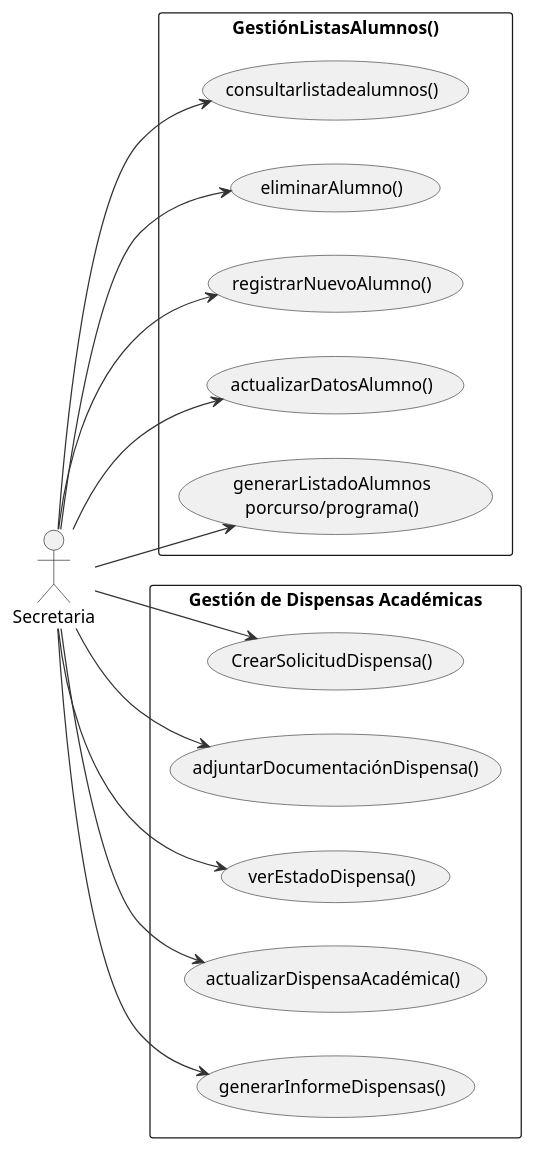
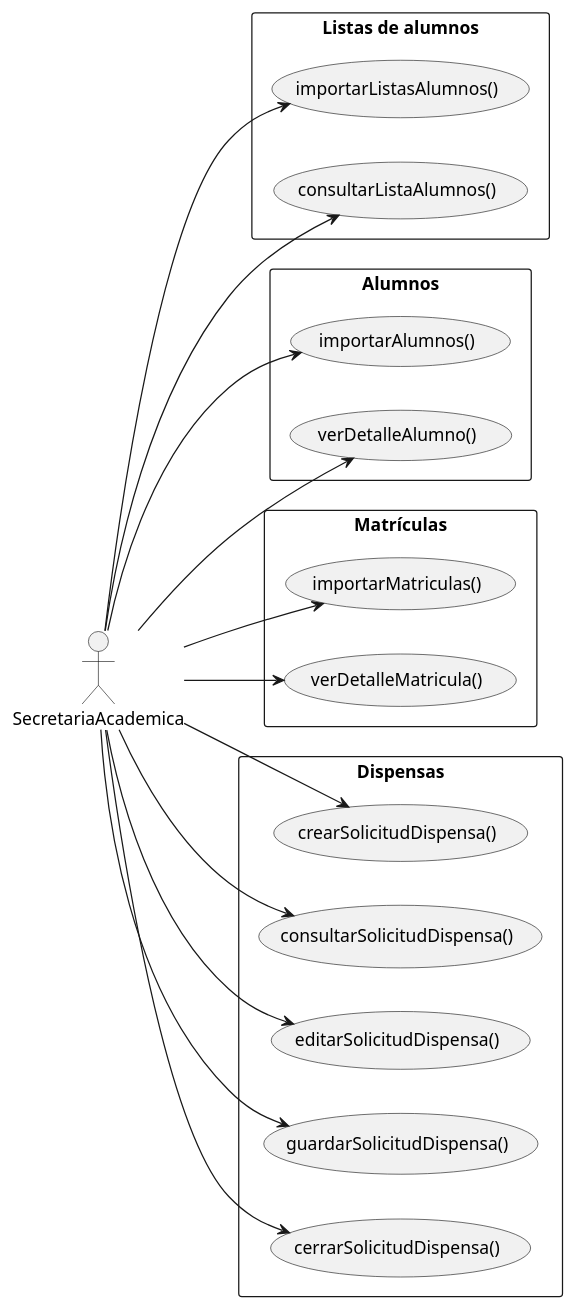
The diagram in documents/CasosDeUso/CasoDeUso/Secretaria/DiagramaCompletoCasoDeUso.puml (enmabry/25-26-IdSw1-SdR), drawn with PlantUML before and after one commit. The commit also changed 37 other files, not shown here.

First line of the commit message:
Add detailed state diagram for "Consultar solicitud de dispensa" use case

```diff
--- a/documents/CasosDeUso/CasoDeUso/Secretaria/DiagramaCompletoCasoDeUso.puml
+++ b/documents/CasosDeUso/CasoDeUso/Secretaria/DiagramaCompletoCasoDeUso.puml
@@ -1,41 +1,59 @@
-@startuml
+@startuml DiagramaDeCasosDeUsoSecretaria
 left to right direction
 skinparam packageStyle rectangle
-skinparam usecase {
-  BackgroundColor #F0F0F0
-  BorderColor #333
-  ArrowColor #333
-}
 
-actor Secretaria
-
-rectangle "GestiónListasAlumnos()" {
-  usecase "consultarlistadealumnos()" as CU01
-  usecase "eliminarAlumno()" as CU02
-  usecase "registrarNuevoAlumno()" as CU03
-  usecase "actualizarDatosAlumno()" as CU04
-  usecase "generarListadoAlumnos\nporcurso/programa()" as CU05
-}
+actor SecretariaAcademica
 
 
-rectangle "Gestión de Dispensas Académicas" {
-  usecase "CrearSolicitudDispensa()" as CU11
-  usecase "adjuntarDocumentaciónDispensa()" as CU12
-  usecase "verEstadoDispensa()" as CU13
-  usecase "actualizarDispensaAcadémica()" as CU14
-  usecase "generarInformeDispensas()" as CU15
-}
 
-Secretaria --> CU01
-Secretaria --> CU02
-Secretaria --> CU03
-Secretaria --> CU04
-Secretaria --> CU05
+    '=========================
+    ' MÓDULO LISTAS
+    '=========================
+    package "Listas de alumnos" {
+        usecase "importarListasAlumnos()" as ListasImportarListas
+        usecase "consultarListaAlumnos()" as ListasConsultarLista
+    }
 
-Secretaria --> CU11
-Secretaria --> CU12
-Secretaria --> CU13
-Secretaria --> CU14
-Secretaria --> CU15
+    '=========================
+    ' MÓDULO ALUMNOS
+    '=========================
+    package "Alumnos" {
+        usecase "importarAlumnos()"      as AlumnosImportar
+        usecase "verDetalleAlumno()"     as AlumnosVerDetalle
+    }
+
+    '=========================
+    ' MÓDULO MATRÍCULAS
+    '=========================
+    package "Matrículas" {
+        usecase "importarMatriculas()"   as MatriculasImportar
+        usecase "verDetalleMatricula()"  as MatriculasVerDetalle
+    }
+
+    '=========================
+    ' MÓDULO DISPENSAS
+    '=========================
+    package "Dispensas" {
+        usecase "crearSolicitudDispensa()"        as DispensasCrear
+        usecase "consultarSolicitudDispensa()"    as DispensasConsultar
+        usecase "editarSolicitudDispensa()"       as DispensasEditar
+        usecase "guardarSolicitudDispensa()"      as DispensasGuardar
+        usecase "cerrarSolicitudDispensa()"       as DispensasCerrar
+    }
+
+    SecretariaAcademica --> ListasImportarListas
+    SecretariaAcademica --> ListasConsultarLista
+
+    SecretariaAcademica --> AlumnosImportar
+    SecretariaAcademica --> AlumnosVerDetalle
+
+    SecretariaAcademica --> MatriculasImportar
+    SecretariaAcademica --> MatriculasVerDetalle
+
+    SecretariaAcademica --> DispensasCrear
+    SecretariaAcademica --> DispensasConsultar
+    SecretariaAcademica --> DispensasEditar
+    SecretariaAcademica --> DispensasGuardar
+    SecretariaAcademica --> DispensasCerrar
 
 @enduml
```
